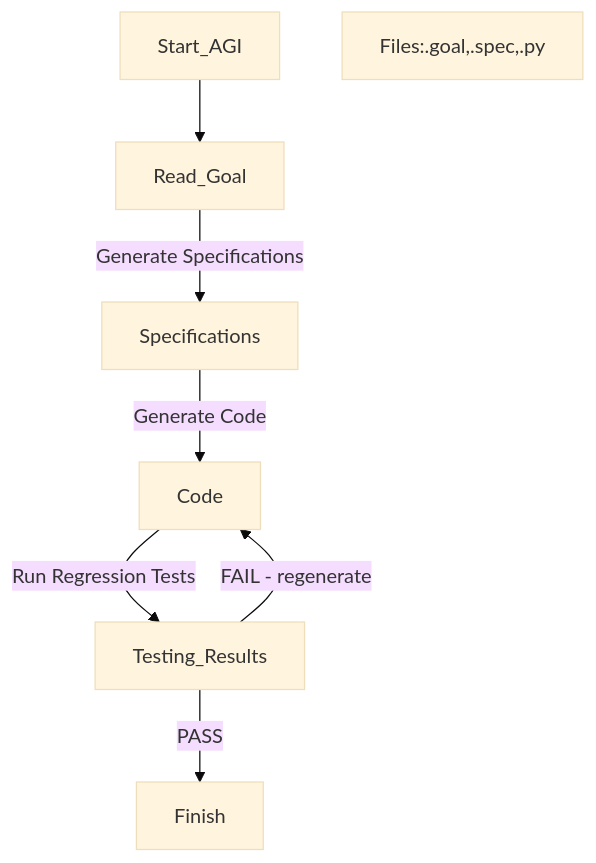
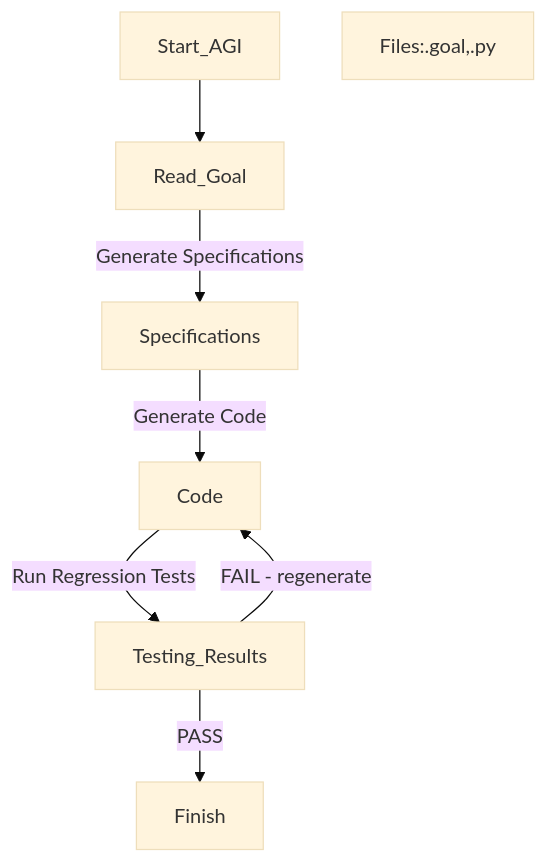
Before and after one commit to markmenge/AGI: the diagram in Readme.md, drawn with Mermaid (base theme).

````diff
--- a/Readme.md
+++ b/Readme.md
@@ -1,13 +1,13 @@
 ```mermaid
 
 graph TD;
   Start_AGI --> Read_Goal;
   Read_Goal -->|Generate Specifications| Specifications;
   Specifications -->|Generate Code| Code;
   Code -->|Run Regression Tests| Testing_Results;
   Testing_Results-->|FAIL - regenerate| Code;
   Testing_Results -->|PASS| Finish;
 
-  Files:.goal,.spec,.py
+  Files:.goal,.py
 
 ```
````
